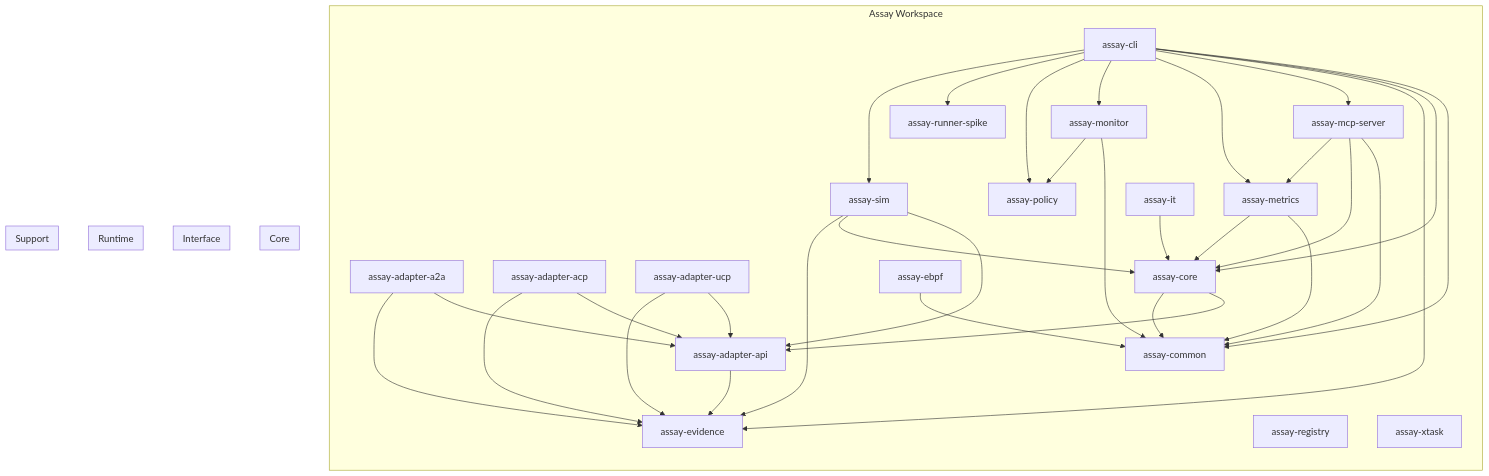
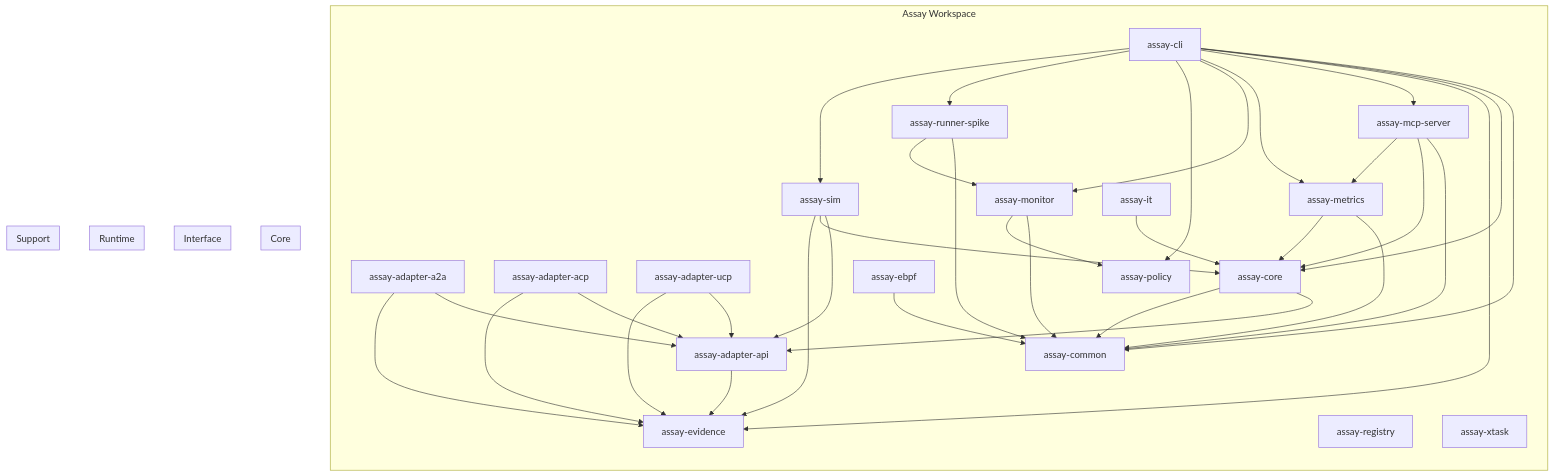
Before and after one commit to Rul1an/assay: the diagram in docs/generated/crate-deps.mermaid, drawn with Mermaid. The commit also changed 1 other file, not shown here.

Commit message:
docs: auto-update diagrams and crate info

```diff
--- a/docs/generated/crate-deps.mermaid
+++ b/docs/generated/crate-deps.mermaid
@@ -1,78 +1,80 @@
 flowchart TB
     subgraph workspace["Assay Workspace"]
         direction TB
         assay_adapter_a2a["assay-adapter-a2a"]
         assay_adapter_acp["assay-adapter-acp"]
         assay_adapter_api["assay-adapter-api"]
         assay_adapter_ucp["assay-adapter-ucp"]
         assay_cli["assay-cli"]
         assay_common["assay-common"]
         assay_core["assay-core"]
         assay_ebpf["assay-ebpf"]
         assay_evidence["assay-evidence"]
         assay_it["assay-it"]
         assay_mcp_server["assay-mcp-server"]
         assay_metrics["assay-metrics"]
         assay_monitor["assay-monitor"]
         assay_policy["assay-policy"]
         assay_registry["assay-registry"]
         assay_runner_spike["assay-runner-spike"]
         assay_sim["assay-sim"]
         assay_xtask["assay-xtask"]
     end
 
     assay_adapter_a2a --> assay_adapter_api
     assay_adapter_a2a --> assay_evidence
     assay_adapter_acp --> assay_adapter_api
     assay_adapter_acp --> assay_evidence
     assay_adapter_api --> assay_evidence
     assay_adapter_ucp --> assay_adapter_api
     assay_adapter_ucp --> assay_evidence
     assay_cli --> assay_common
     assay_cli --> assay_core
     assay_cli --> assay_evidence
     assay_cli --> assay_mcp_server
     assay_cli --> assay_metrics
     assay_cli --> assay_monitor
     assay_cli --> assay_policy
     assay_cli --> assay_runner_spike
     assay_cli --> assay_sim
     assay_core --> assay_adapter_api
     assay_core --> assay_common
     assay_ebpf --> assay_common
     assay_it --> assay_core
     assay_mcp_server --> assay_common
     assay_mcp_server --> assay_core
     assay_mcp_server --> assay_metrics
     assay_metrics --> assay_common
     assay_metrics --> assay_core
     assay_monitor --> assay_common
     assay_monitor --> assay_policy
+    assay_runner_spike --> assay_common
+    assay_runner_spike --> assay_monitor
     assay_sim --> assay_adapter_api
     assay_sim --> assay_core
     assay_sim --> assay_evidence
 
     %% Logical groupings for readability
     subgraph core["Core"]
         assay_core
         assay_metrics
         assay_policy
         assay_evidence
         assay_common
     end
 
     subgraph interface["Interface"]
         assay_cli
         assay_mcp_server
     end
 
     subgraph runtime["Runtime"]
         assay_monitor
         assay_ebpf
     end
 
     subgraph support["Support"]
         assay_sim
         assay_xtask
         assay_registry
     end
```
